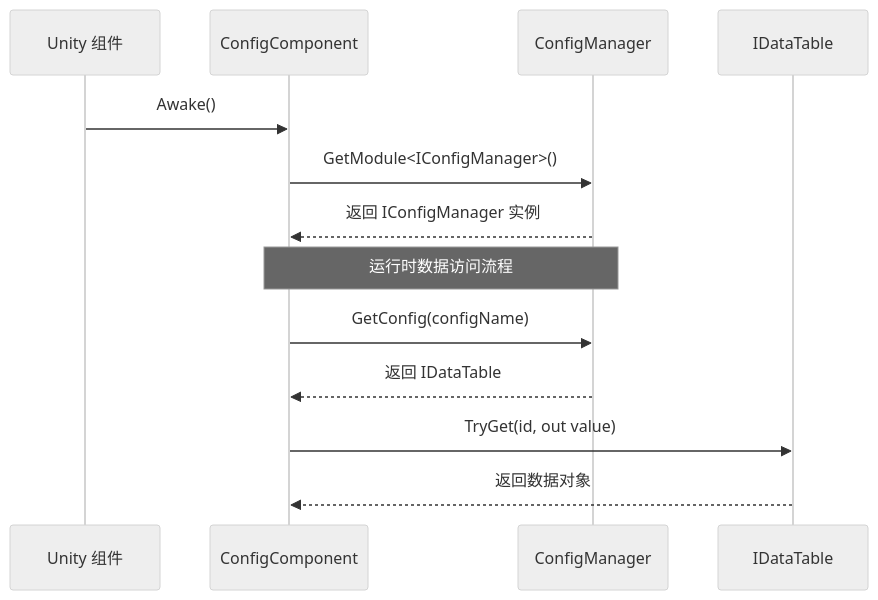
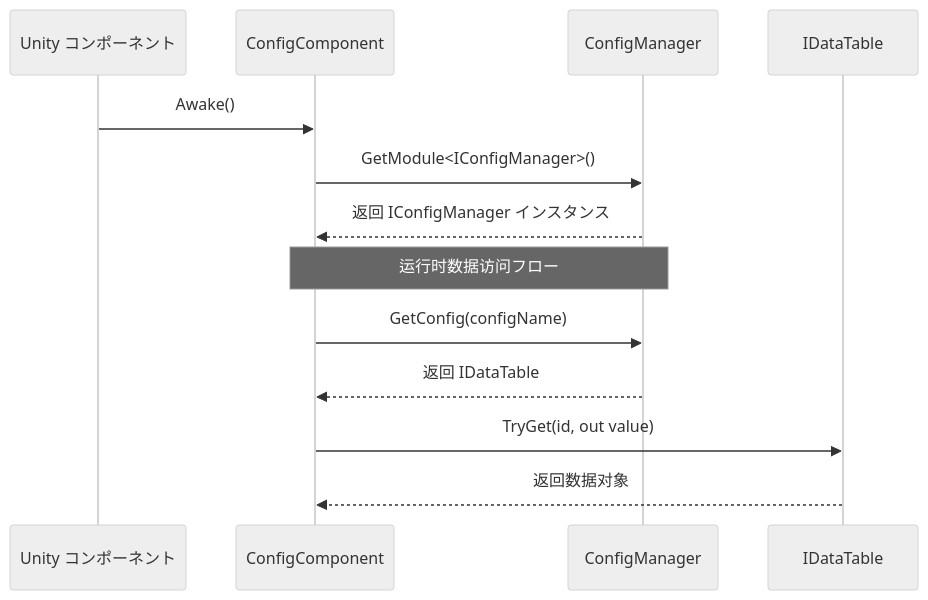
The second of 2 diagrams in docs/ja/client/unity/component/config/09.config-manager.md (AlianBlank/GameFrameX.Docs), drawn with Mermaid (neutral theme) before and after one commit. The commit also changed other lines of this file and 603 other files, not shown here.

````diff
--- a/docs/ja/client/unity/component/config/09.config-manager.md
+++ b/docs/ja/client/unity/component/config/09.config-manager.md
@@ -69,19 +69,19 @@
 ```mermaid
 sequenceDiagram
-    participant Unity as Unity 组件
+    participant Unity as Unity コンポーネント
     participant ConfigComp as ConfigComponent
     participant ConfigMgr as ConfigManager
     participant DataTable as IDataTable
 
     Unity->>ConfigComp: Awake()
     ConfigComp->>ConfigMgr: GetModule<IConfigManager>()
-    ConfigMgr-->>ConfigComp: 返回 IConfigManager 实例
+    ConfigMgr-->>ConfigComp: 返回 IConfigManager インスタンス
     
-    Note over ConfigComp,ConfigMgr: 运行时数据访问流程
+    Note over ConfigComp,ConfigMgr: 运行时数据访问フロー
     
     ConfigComp->>ConfigMgr: GetConfig(configName)
     ConfigMgr-->>ConfigComp: 返回 IDataTable
     
     ConfigComp->>DataTable: TryGet(id, out value)
     DataTable-->>ConfigComp: 返回数据对象
 ```
````
